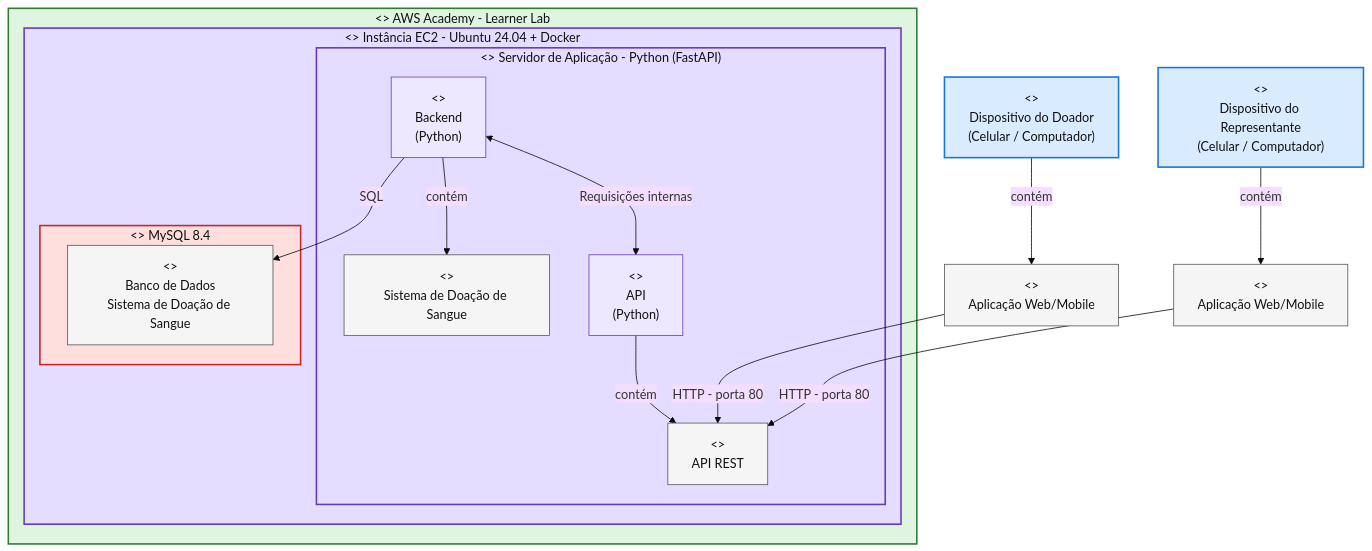
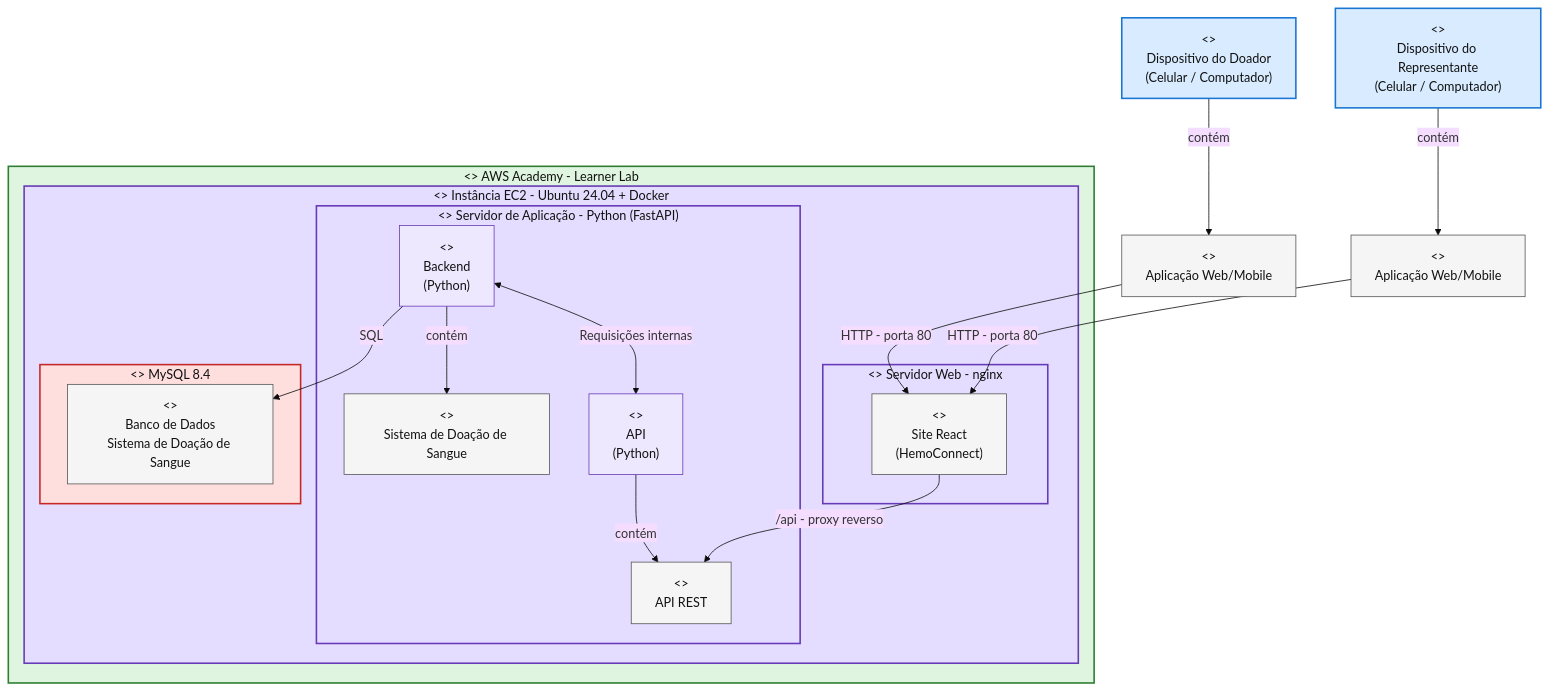
The second of 3 diagrams in README.md (Derickin06/Projeto_doacao_de_sangue), drawn with Mermaid (base theme) before and after one commit. The commit also changed other lines of this file and 11 other files, not shown here.

````diff
--- a/README.md
+++ b/README.md
@@ -90,6 +96,15 @@
 
     subgraph AWS["<<cloud>> AWS Academy - Learner Lab"]
     subgraph EC2["<<node>> Instância EC2 - Ubuntu 24.04 + Docker"]
+
+    %% =========================
+    %% SERVIDOR WEB (SITE)
+    %% =========================
+
+    subgraph WebServer["<<container>> Servidor Web - nginx"]
+        Site["<<artifact>>\nSite React\n(HemoConnect)"]
+    end
+
 
     %% =========================
     %% SERVIDOR DE APLICAÇÃO
@@ -126,8 +141,10 @@
     %% CONEXÕES
     %% =========================
 
-    DoadorApp -->|HTTP - porta 80| APIREST
-    RepresentanteApp -->|HTTP - porta 80| APIREST
+    DoadorApp -->|HTTP - porta 80| Site
+    RepresentanteApp -->|HTTP - porta 80| Site
+
+    Site -->|/api - proxy reverso| APIREST
 
     Backend -->|SQL| Database
 
@@ -144,10 +161,10 @@
     classDef component fill:#eee8ff,stroke:#673ab7,stroke-width:1px,color:#111
 
     class Doador,Representante device
-    class AppServer server
+    class AppServer,WebServer server
     class MySQL database
     class AWS cloud
     class EC2 server
-    class DoadorApp,RepresentanteApp,Sistema,APIREST,Database artifact
+    class DoadorApp,RepresentanteApp,Sistema,APIREST,Database,Site artifact
     class Backend,API component
 ```
````
